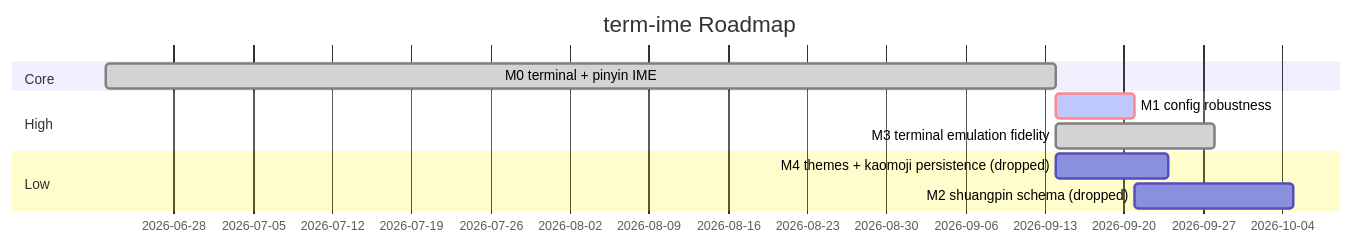
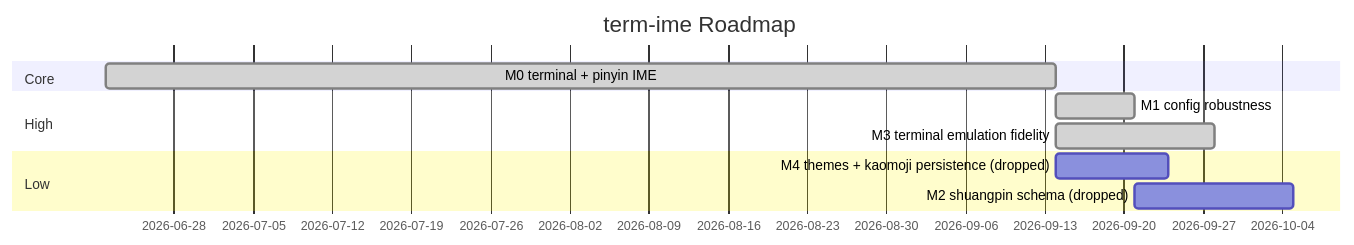
One commit to adam-ikari/term-ime changed the diagram in brain/roadmap.md. Above: the diagram before and after it, drawn with Mermaid. The commit also changed other lines of this file and 4 other files, not shown here.

````diff
--- a/brain/roadmap.md
+++ b/brain/roadmap.md
@@ -16,14 +16,14 @@
 ```mermaid
 gantt
   title term-ime Roadmap
  dateFormat YYYY-MM-DD
   section Core
   M0 terminal + pinyin IME :done, m0, 2026-06-22, 2026-09-14
   section High
-  M1 config robustness :active, crit, m1, after m0, 7d
+  M1 config robustness :done, m1, after m0, 7d
   M3 terminal emulation fidelity :done, m3, after m0, 14d
   section Low
   %% M2/M4 dropped 2026-09 — not scheduled
   M4 themes + kaomoji persistence (dropped) :m4, after m0, 10d
   M2 shuangpin schema (dropped) :m2, after m1, 14d
 ```
````
